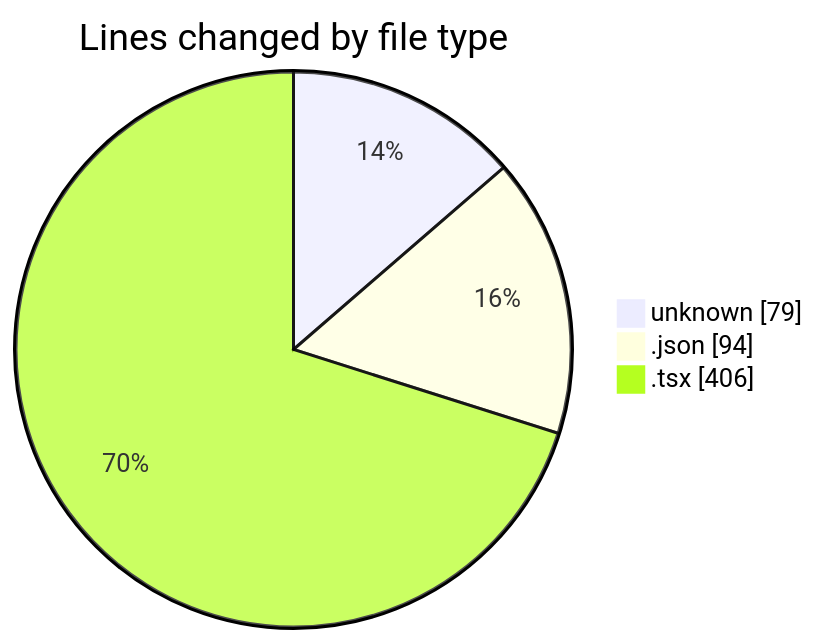
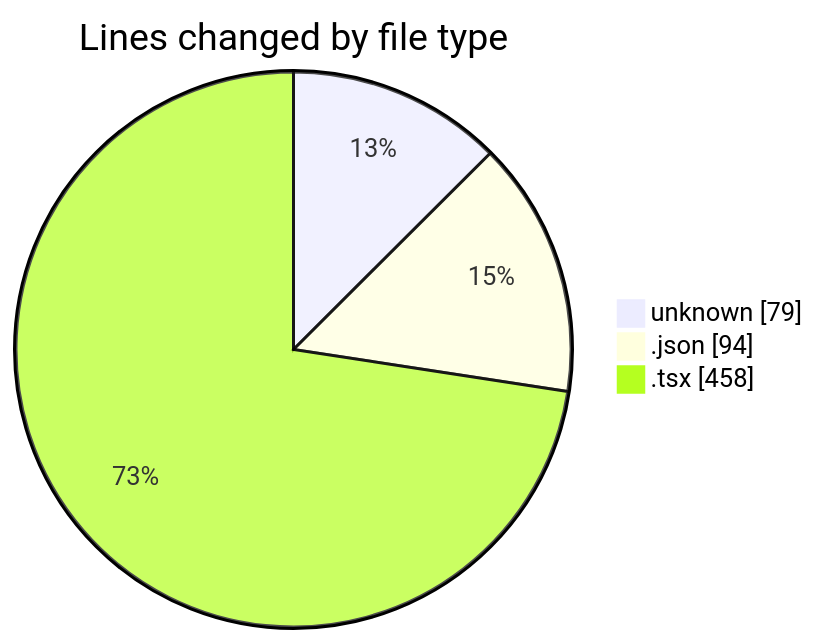
One commit to JenPaints/code-tracking changed the first of 2 diagrams in 2025-07-24/cohera/README.md. Above: the diagram before and after it, drawn with Mermaid. The commit also changed other lines of this file and 1 other file, not shown here.

````diff
--- a/2025-07-24/cohera/README.md
+++ b/2025-07-24/cohera/README.md
@@ -27,7 +27,7 @@
 ```mermaid
 pie showData
 title Lines changed by file type
 "unknown" : 79
 ".json" : 94
-".tsx" : 406
+".tsx" : 458
 ```
````
